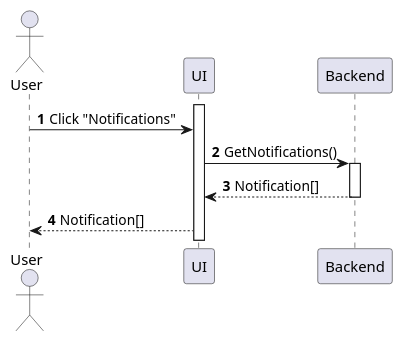
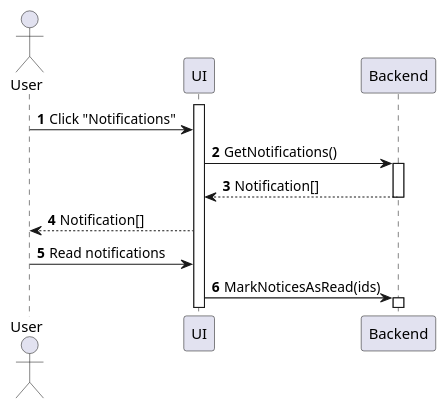
Before and after one commit to phihungha/SE357-Practice-class: the diagram in Lab1/Lab1.2/sequences/my-notification-view.plantuml, drawn with PlantUML. The commit also changed 17 other files, not shown here.

Commit message:
Finalize sequence diagram

```diff
--- a/Lab1/Lab1.2/sequences/my-notification-view.plantuml
+++ b/Lab1/Lab1.2/sequences/my-notification-view.plantuml
@@ -1,14 +1,18 @@
 @startuml my-notification-view
 autonumber
 
 actor "User" as a
 participant UI as f
 participant Backend as b
 
 activate f
 a -> f : Click "Notifications"
 f -> b : GetNotifications()
 activate b
 return Notification[]
 f --> a : Notification[]
+
+a -> f : Read notifications
+f -> b : MarkNoticesAsRead(ids)
+activate b
 @enduml
```
